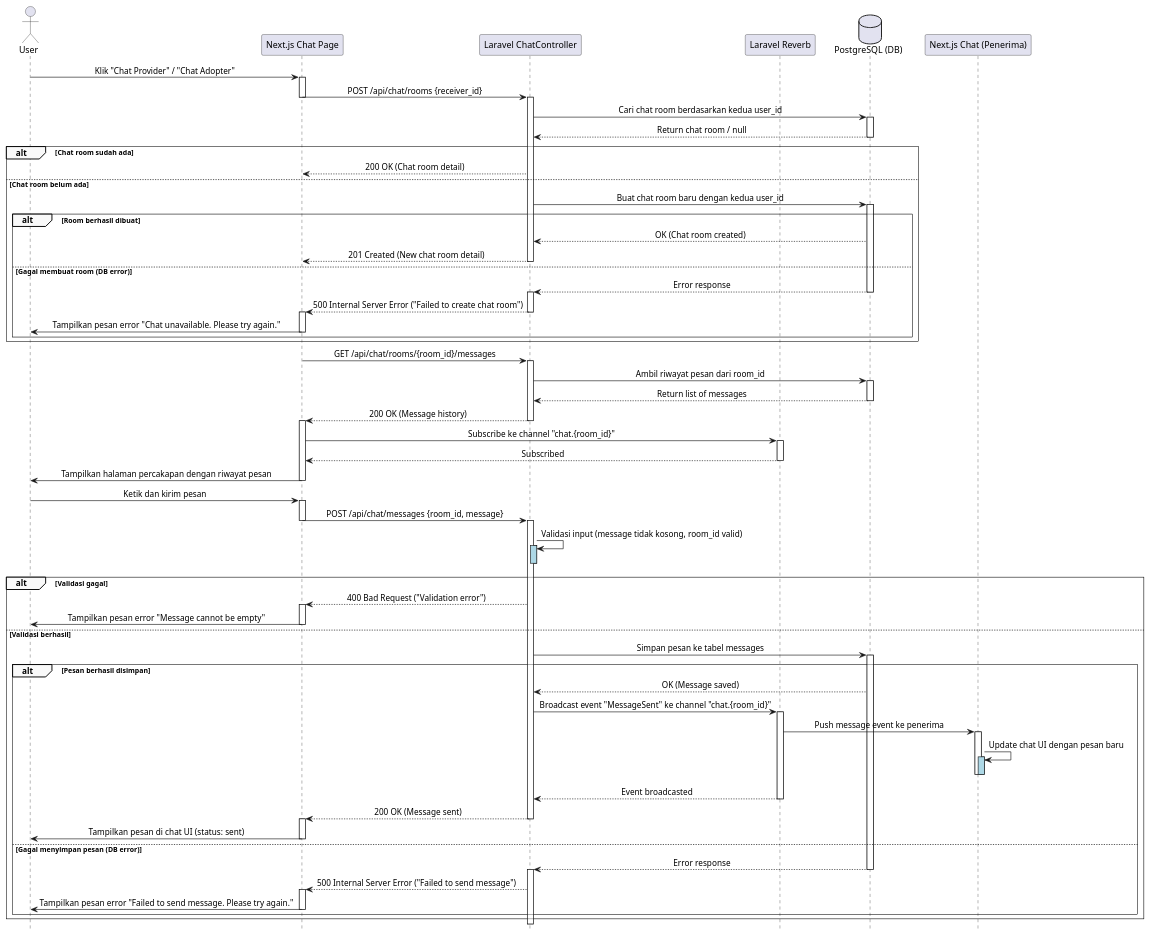
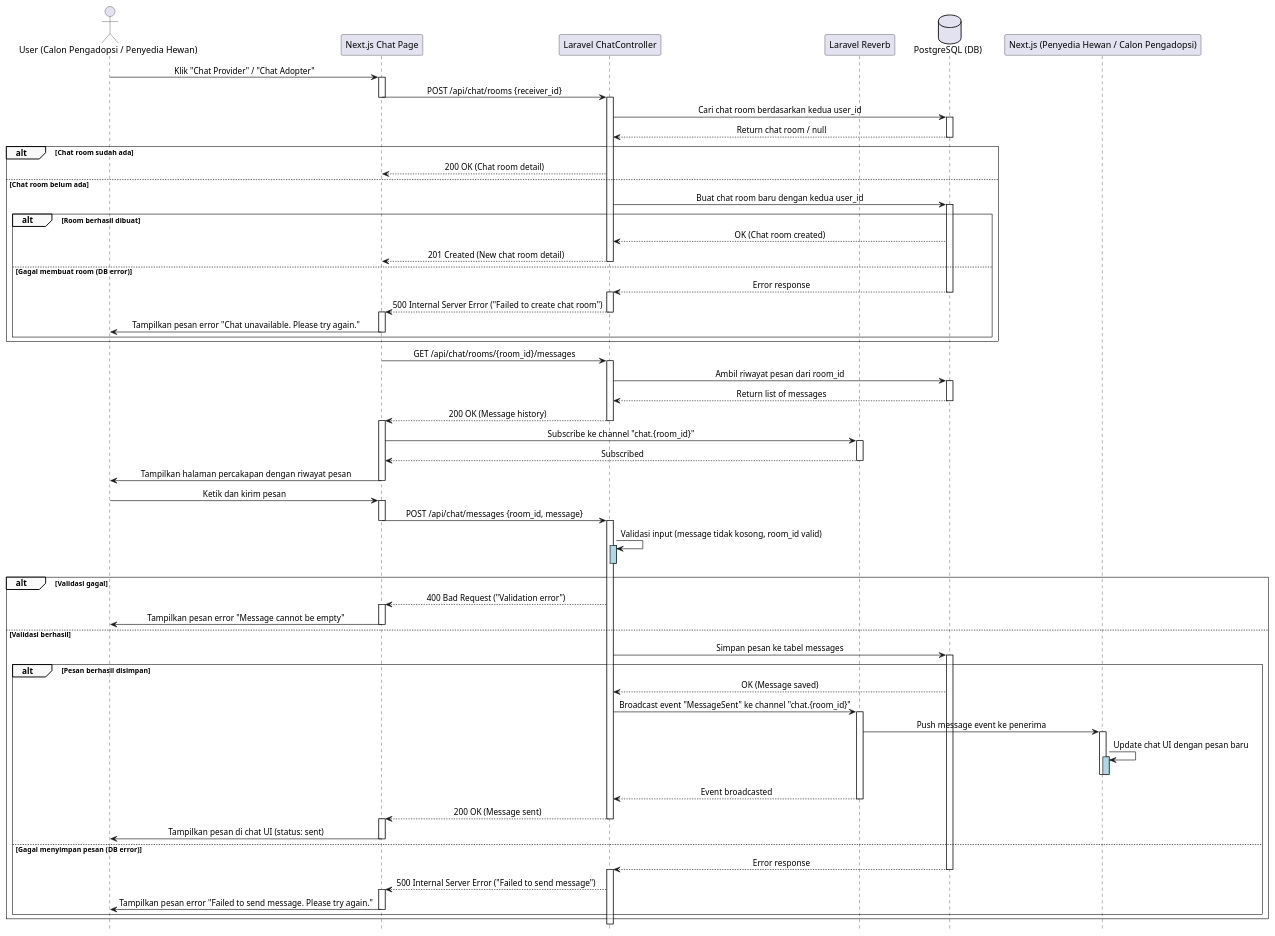
One commit to fadhel-rizanda/skripsi-plantuml changed the diagram in MelakukanChat.plantuml. Above: the diagram before and after it, drawn with PlantUML. The commit also changed 3 other files, not shown here.

```diff
--- a/MelakukanChat.plantuml
+++ b/MelakukanChat.plantuml
@@ -1,126 +1,126 @@
 @startuml
 ' === Styling ===
 skinparam sequence {
     LifelineFooterStrategy none
     MessageAlign center
     ArrowThickness 1
     ParticipantPadding 20
     GroupBorderThickness 0.5
     GroupBackgroundColor #F9F9F9
 }
 hide footbox
 
 ' === Participants ===
-actor User as Pengguna
+actor "User (Calon Pengadopsi / Penyedia Hewan)" as Pengguna
 participant "Next.js Chat Page" as FE
 participant "Laravel ChatController" as BE
 participant "Laravel Reverb" as Reverb
 database "PostgreSQL (DB)" as DB
-participant "Next.js Chat (Penerima)" as FE_Receiver
+participant "Next.js (Penyedia Hewan / Calon Pengadopsi)" as FE_Receiver
 
 ' === Flow: Membuka Chat Room ===
 Pengguna -> FE: Klik "Chat Provider" / "Chat Adopter"
 activate FE
 FE -> BE: POST /api/chat/rooms {receiver_id}
 deactivate FE
 activate BE
 BE -> DB: Cari chat room berdasarkan kedua user_id
 activate DB
 DB --> BE: Return chat room / null
 deactivate DB
 
 alt Chat room sudah ada
     BE --> FE: 200 OK (Chat room detail)
 else Chat room belum ada
     BE -> DB: Buat chat room baru dengan kedua user_id
     activate DB
 
     alt Room berhasil dibuat
         DB --> BE: OK (Chat room created)
         BE --> FE: 201 Created (New chat room detail)
         deactivate BE
 
     else Gagal membuat room (DB error)
         DB --> BE: Error response
         deactivate DB
         activate BE
         BE --> FE: 500 Internal Server Error ("Failed to create chat room")
         deactivate BE
         activate FE
         FE -> Pengguna: Tampilkan pesan error "Chat unavailable. Please try again."
         deactivate FE
     end
 end
 
 activate FE
 FE -> BE: GET /api/chat/rooms/{room_id}/messages
 deactivate FE
 activate BE
 BE -> DB: Ambil riwayat pesan dari room_id
 activate DB
 DB --> BE: Return list of messages
 deactivate DB
 BE --> FE: 200 OK (Message history)
 deactivate BE
 
 activate FE
 FE -> Reverb: Subscribe ke channel "chat.{room_id}"
 activate Reverb
 Reverb --> FE: Subscribed
 deactivate Reverb
 FE -> Pengguna: Tampilkan halaman percakapan dengan riwayat pesan
 deactivate FE
 
 
 ' === Flow: Mengirim Pesan ===
 Pengguna -> FE: Ketik dan kirim pesan
 activate FE
 FE -> BE: POST /api/chat/messages {room_id, message}
 deactivate FE
 activate BE
 
 BE -> BE: Validasi input (message tidak kosong, room_id valid)
 activate BE #LightBlue
 deactivate BE #LightBlue
 
 alt Validasi gagal
     BE --> FE: 400 Bad Request ("Validation error")
     activate FE
     FE -> Pengguna: Tampilkan pesan error "Message cannot be empty"
     deactivate FE
 else Validasi berhasil
     BE -> DB: Simpan pesan ke tabel messages
     activate DB
 
     alt Pesan berhasil disimpan
         DB --> BE: OK (Message saved)
 
         BE -> Reverb: Broadcast event "MessageSent" ke channel "chat.{room_id}"
         activate Reverb
         Reverb -> FE_Receiver: Push message event ke penerima
         activate FE_Receiver
         FE_Receiver -> FE_Receiver: Update chat UI dengan pesan baru
         activate FE_Receiver #LightBlue
         deactivate FE_Receiver #LightBlue
         deactivate FE_Receiver
         Reverb --> BE: Event broadcasted
         deactivate Reverb
 
         BE --> FE: 200 OK (Message sent)
         deactivate BE
         activate FE
         FE -> Pengguna: Tampilkan pesan di chat UI (status: sent)
         deactivate FE
 
     else Gagal menyimpan pesan (DB error)
         DB --> BE: Error response
         deactivate DB
         activate BE
         BE --> FE: 500 Internal Server Error ("Failed to send message")
         activate FE
         FE -> Pengguna: Tampilkan pesan error "Failed to send message. Please try again."
         deactivate FE
     end
 end
 
 @enduml
```
